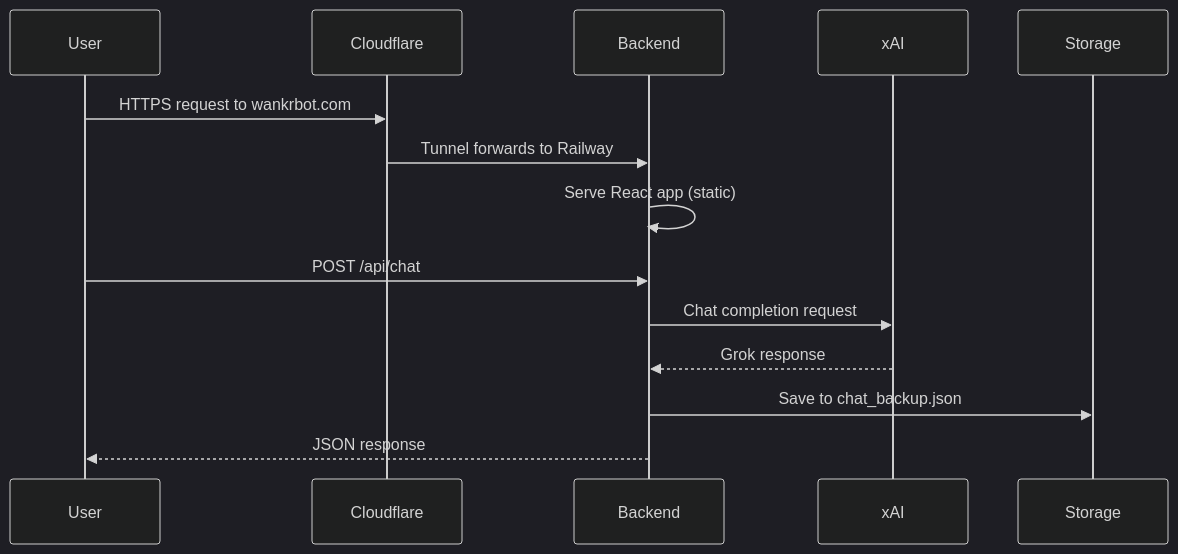
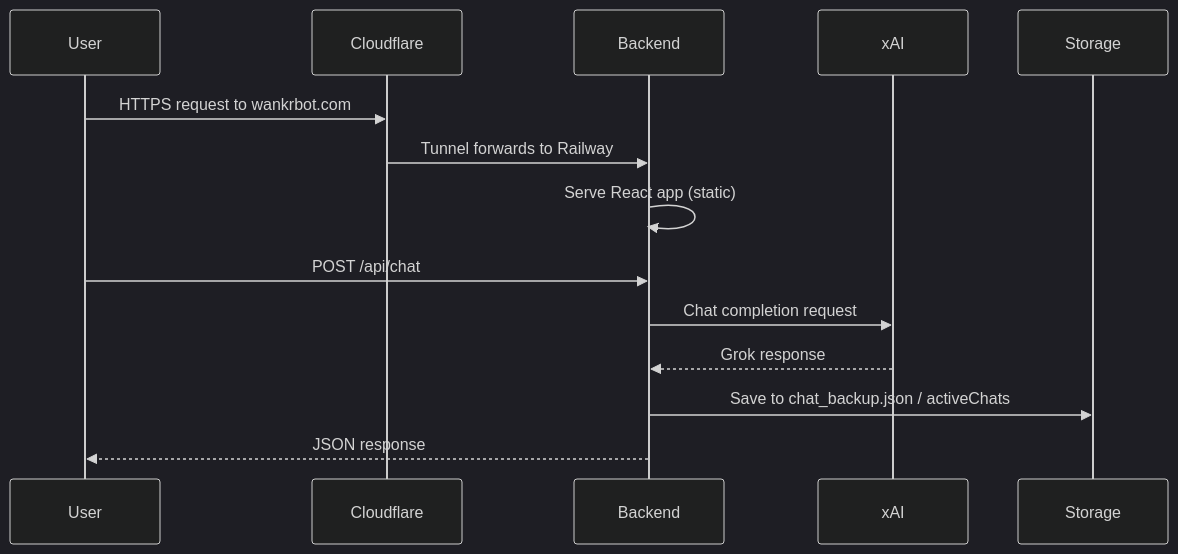
One commit to gitNoodler/wankr changed the fourth of 4 diagrams in docs/ARCHITECTURE.md. Above: the diagram before and after it, drawn with Mermaid (dark theme). The commit also changed other lines of this file and 1 other file, not shown here.

Commit message:
Docs: update ARCHITECTURE for spectator, activeChat, dev panel; add REDEPLOY_WANKRBOT

````diff
--- a/docs/ARCHITECTURE.md
+++ b/docs/ARCHITECTURE.md
@@ -218,17 +229,17 @@
 ```mermaid
 sequenceDiagram
     participant User
     participant Cloudflare
     participant Backend
     participant xAI
     participant Storage
 
     User->>Cloudflare: HTTPS request to wankrbot.com
     Cloudflare->>Backend: Tunnel forwards to Railway
     Backend->>Backend: Serve React app (static)
     User->>Backend: POST /api/chat
     Backend->>xAI: Chat completion request
     xAI-->>Backend: Grok response
-    Backend->>Storage: Save to chat_backup.json
+    Backend->>Storage: Save to chat_backup.json / activeChats
     Backend-->>User: JSON response
 ```
````
